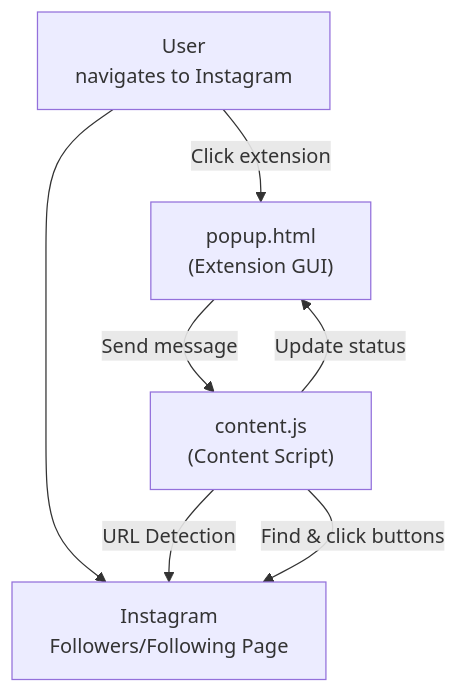
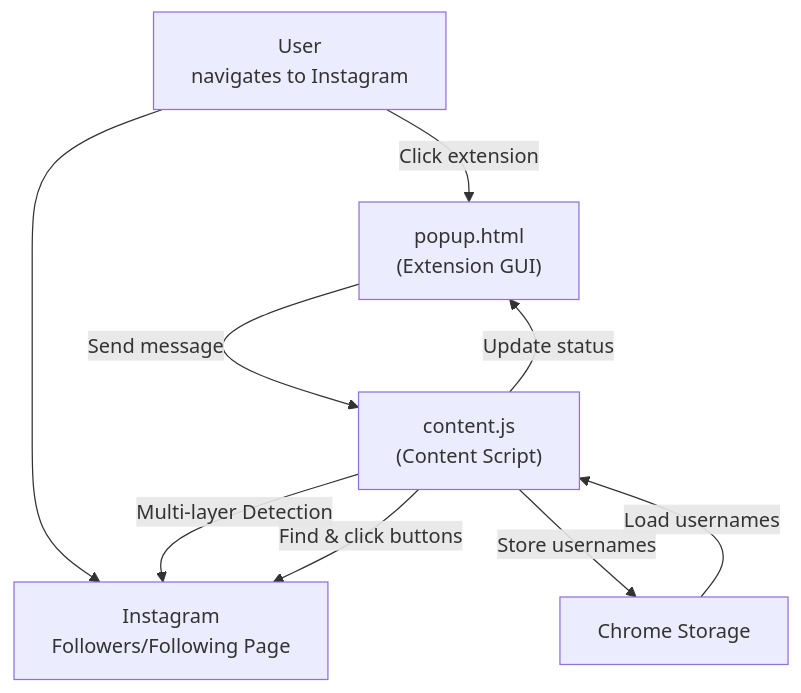
Before and after one commit to insdaguirre/InstaBot_ChromeExtension: the first of 2 diagrams in chrome-extension/README.md, drawn with Mermaid. The commit also changed other lines of this file, not shown here.

````diff
--- a/chrome-extension/README.md
+++ b/chrome-extension/README.md
@@ -139,9 +223,11 @@
 ```mermaid
 graph TD;
     User["User<br/>navigates to Instagram"] --> Page["Instagram<br/>Followers/Following Page"];
     User -->|"Click extension"| Popup["popup.html<br/>(Extension GUI)"];
     Popup -->|"Send message"| Content["content.js<br/>(Content Script)"];
-    Content -->|"URL Detection"| Page;
+    Content -->|"Multi-layer Detection"| Page;
     Content -->|"Find & click buttons"| Page;
+    Content -->|"Store usernames"| Storage["Chrome Storage"];
     Content -->|"Update status"| Popup;
+    Storage -->|"Load usernames"| Content;
 ```
````
